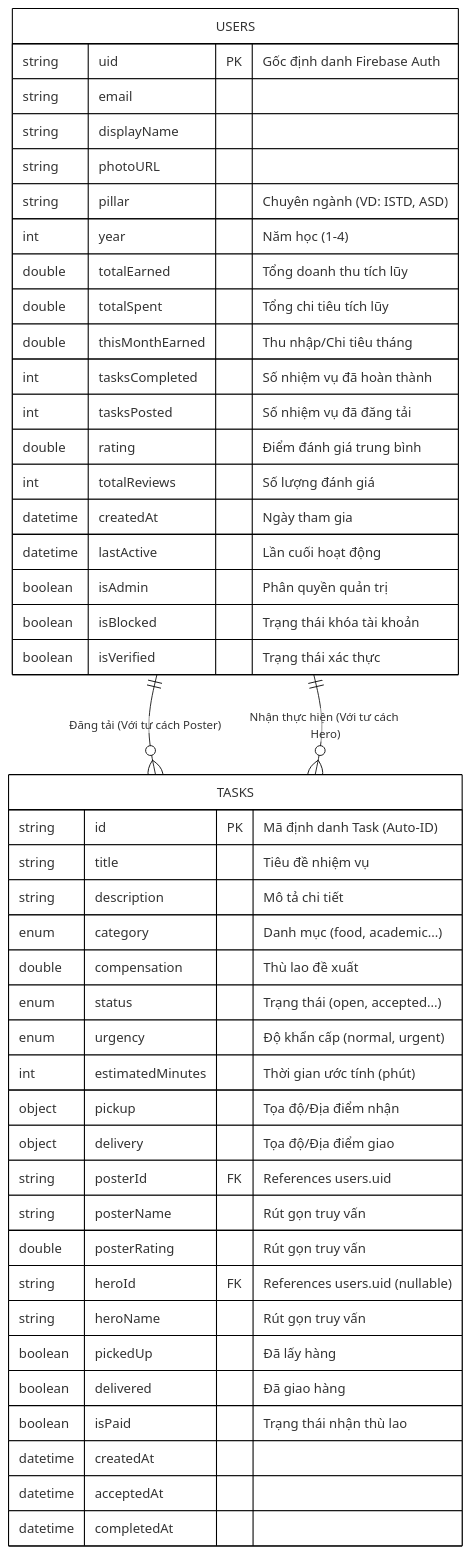
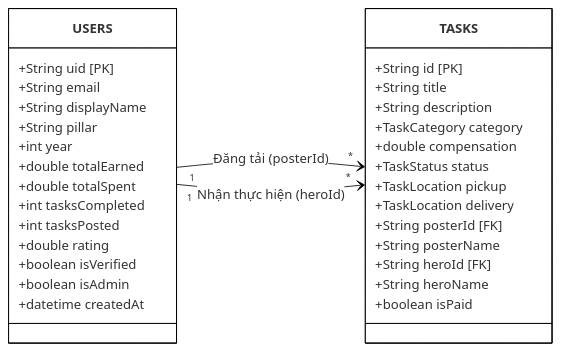
Before and after one commit to Babiboyy55/TaskHeroPKA: the diagram in Database_ERD.md, drawn with Mermaid. The commit also changed other lines of this file, not shown here.

````diff
--- a/Database_ERD.md
+++ b/Database_ERD.md
@@ -7,59 +9,39 @@
 ```mermaid
 %%{init: {'theme':'base', 'themeVariables': {'primaryColor':'#ffffff', 'primaryBorderColor':'#000000', 'lineColor':'#000000'}}}%%
-erDiagram
-    %% Định nghĩa bảng users (Dựa theo UserProfile)
-    USERS {
-        string uid PK "Gốc định danh Firebase Auth"
-        string email
-        string displayName
-        string photoURL
-        string pillar "Chuyên ngành (VD: ISTD, ASD)"
-        int year "Năm học (1-4)"
-        double totalEarned "Tổng doanh thu tích lũy"
-        double totalSpent "Tổng chi tiêu tích lũy"
-        double thisMonthEarned "Thu nhập/Chi tiêu tháng"
-        int tasksCompleted "Số nhiệm vụ đã hoàn thành"
-        int tasksPosted "Số nhiệm vụ đã đăng tải"
-        double rating "Điểm đánh giá trung bình"
-        int totalReviews "Số lượng đánh giá"
-        datetime createdAt "Ngày tham gia"
-        datetime lastActive "Lần cuối hoạt động"
-        boolean isAdmin "Phân quyền quản trị"
-        boolean isBlocked "Trạng thái khóa tài khoản"
-        boolean isVerified "Trạng thái xác thực"
+classDiagram
+    direction LR
+    class USERS {
+        +String uid [PK]
+        +String email
+        +String displayName
+        +String pillar
+        +int year
+        +double totalEarned
+        +double totalSpent
+        +int tasksCompleted
+        +int tasksPosted
+        +double rating
+        +boolean isVerified
+        +boolean isAdmin
+        +datetime createdAt
     }
 
-    %% Định nghĩa bảng tasks (Dựa theo HeroTask)
-    TASKS {
-        string id PK "Mã định danh Task (Auto-ID)"
-        string title "Tiêu đề nhiệm vụ"
-        string description "Mô tả chi tiết"
-        enum category "Danh mục (food, academic...)"
-        double compensation "Thù lao đề xuất"
-        enum status "Trạng thái (open, accepted...)"
-        enum urgency "Độ khẩn cấp (normal, urgent)"
-        int estimatedMinutes "Thời gian ước tính (phút)"
-        object pickup "Tọa độ/Địa điểm nhận"
-        object delivery "Tọa độ/Địa điểm giao"
-        
-        string posterId FK "References users.uid"
-        string posterName "Rút gọn truy vấn"
-        double posterRating "Rút gọn truy vấn"
-        
-        string heroId FK "References users.uid (nullable)"
-        string heroName "Rút gọn truy vấn"
-        
-        boolean pickedUp "Đã lấy hàng"
-        boolean delivered "Đã giao hàng"
-        boolean isPaid "Trạng thái nhận thù lao"
-        
-        datetime createdAt
-        datetime acceptedAt
-        datetime completedAt
+    class TASKS {
+        +String id [PK]
+        +String title
+        +String description
+        +TaskCategory category
+        +double compensation
+        +TaskStatus status
+        +TaskLocation pickup
+        +TaskLocation delivery
+        +String posterId [FK]
+        +String posterName
+        +String heroId [FK]
+        +String heroName
+        +boolean isPaid
     }
 
-    %% Mối quan hệ giữa các bảng
-    USERS ||--o{ TASKS : "Đăng tải (Với tư cách Poster)"
-    USERS ||--o{ TASKS : "Nhận thực hiện (Với tư cách Hero)"
-
+    USERS "1" --> "*" TASKS : Đăng tải (posterId)
+    USERS "1" --> "*" TASKS : Nhận thực hiện (heroId)
 ```
````
